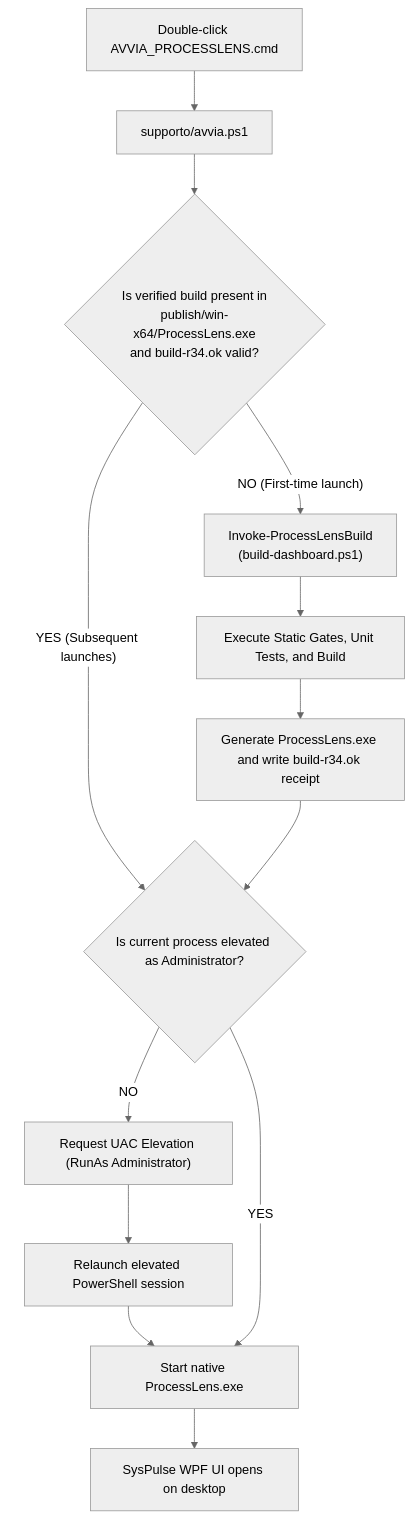
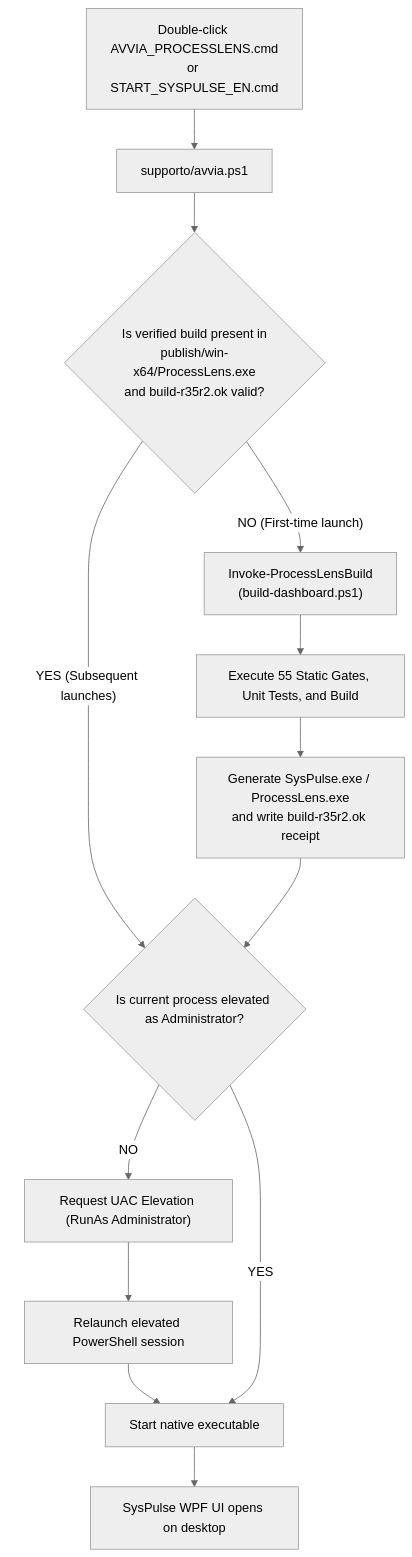
One commit to Buconero03/SysPulse changed the first of 3 diagrams in README.md. Above: the diagram before and after it, drawn with Mermaid (neutral theme). The commit also changed other lines of this file and 26 other files, not shown here.

Commit message:
SysPulse R35 R2: align docs and tests, add LICENSE, update build receipt to build-r35r2.ok, add demo screenshot, calibrate claims, and complete branding

````diff
--- a/README.md
+++ b/README.md
@@ -145,15 +168,15 @@
 ```mermaid
 flowchart TD
-    A["Double-click AVVIA_PROCESSLENS.cmd"] --> B["supporto/avvia.ps1"]
-    B --> C{"Is verified build present in<br/>publish/win-x64/ProcessLens.exe<br/>and build-r34.ok valid?"}
+    A["Double-click AVVIA_PROCESSLENS.cmd<br/>or START_SYSPULSE_EN.cmd"] --> B["supporto/avvia.ps1"]
+    B --> C{"Is verified build present in<br/>publish/win-x64/ProcessLens.exe<br/>and build-r35r2.ok valid?"}
     C -- "YES (Subsequent launches)" --> D{"Is current process elevated as Administrator?"}
     C -- "NO (First-time launch)" --> E["Invoke-ProcessLensBuild<br/>(build-dashboard.ps1)"]
-    E --> F["Execute Static Gates, Unit Tests, and Build"]
-    F --> G["Generate ProcessLens.exe and write build-r34.ok receipt"]
+    E --> F["Execute 55 Static Gates, Unit Tests, and Build"]
+    F --> G["Generate SysPulse.exe / ProcessLens.exe<br/>and write build-r35r2.ok receipt"]
     G --> D
     D -- "NO" --> H["Request UAC Elevation (RunAs Administrator)"]
     H --> I["Relaunch elevated PowerShell session"]
-    I --> J["Start native ProcessLens.exe"]
+    I --> J["Start native executable"]
     D -- "YES" --> J
     J --> K["SysPulse WPF UI opens on desktop"]
 ```
````
